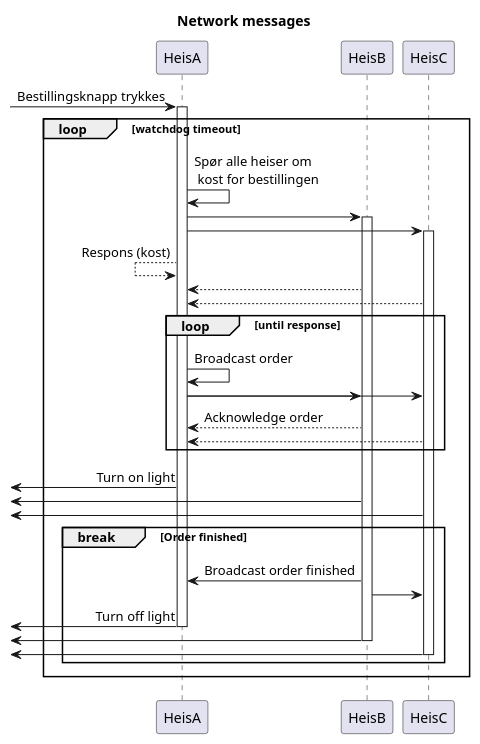
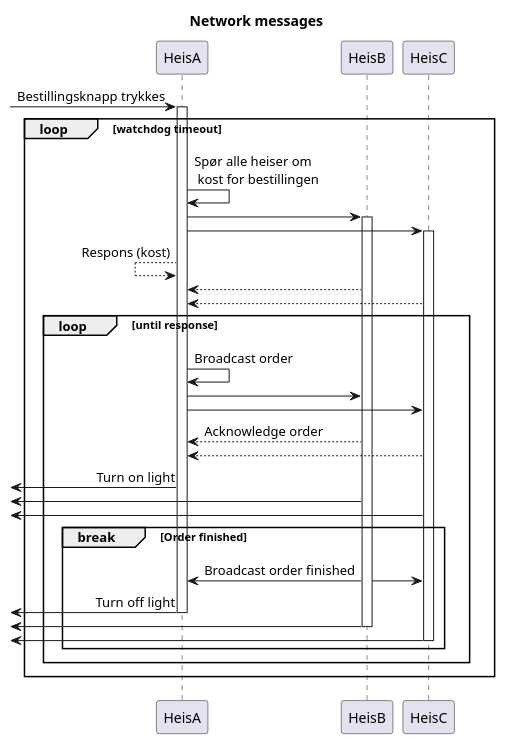
The diagram in uml-mm/network_sequence.iuml (bjornksa/TTK4145), drawn with PlantUML before and after one commit. The commit also changed 1 other file, not shown here.

```diff
--- a/uml-mm/network_sequence.iuml
+++ b/uml-mm/network_sequence.iuml
@@ -1,57 +1,57 @@
 @startuml Network sequence
 !pragma teoz true
 
 title Network messages
 
 participant HeisA as A
 participant HeisB as B
 participant HeisC as C
 
 
 
 
 
  -> A: Bestillingsknapp trykkes
  activate A
 
 loop watchdog timeout
 
     A -> A: Spør alle heiser om\n kost for bestillingen
     A -> B
     activate B
     A -> C
     activate C
 
     A <-- A: Respons (kost)
     A <-- B
     A <-- C
 
 
     loop until response
     A -> A: Broadcast order
     A -> B
-    & A -> C
+    A -> C
 
     A <-- B: Acknowledge order
     A <-- C
-    end
+
 
     <- A: Turn on light
     <- B
     <- C
 
     break Order finished
         B -> A: Broadcast order finished
-        B -> C
+        & B -> C
     <- A: Turn off light
     deactivate A
     <- B
         deactivate B
     <- C
         deactivate C
 
 end
 end
 
 
 @enduml
```
